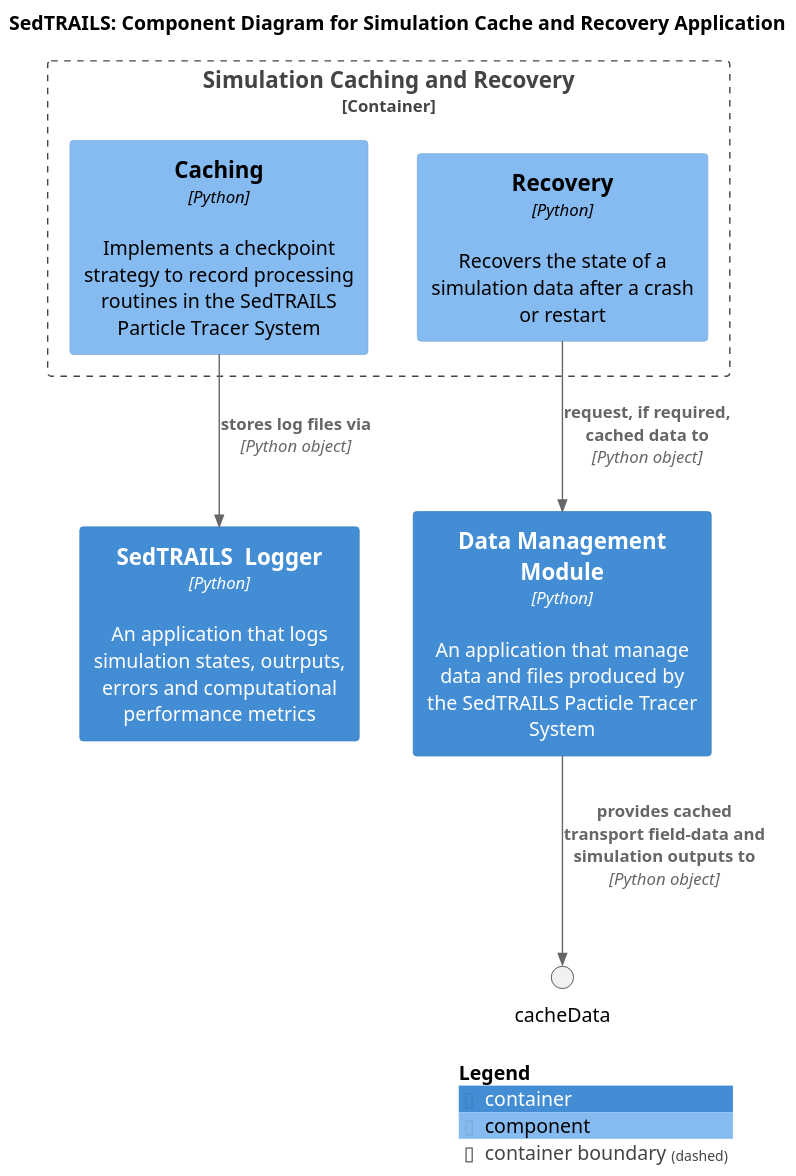
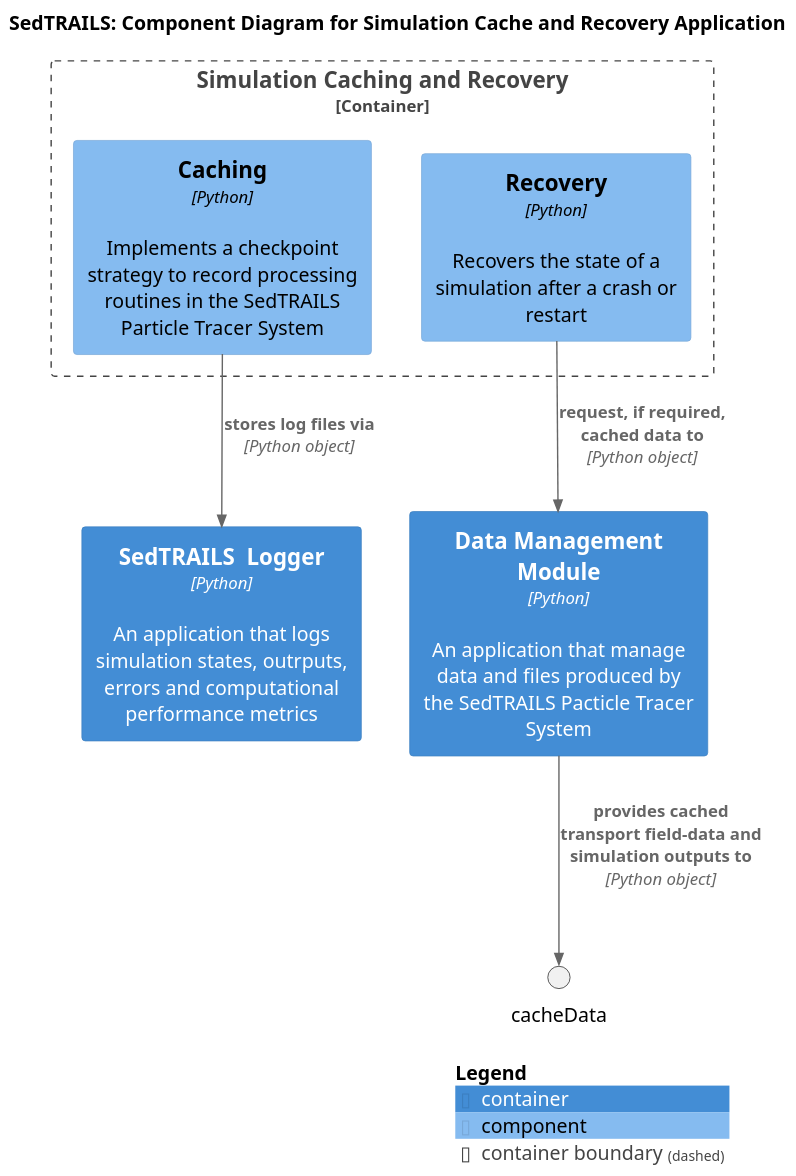
One commit to sgpearson17/sedtrails-sgp changed the diagram in diagrams/components-cache-app.puml. Above: the diagram before and after it, drawn with PlantUML. The commit also changed 2 other files, not shown here.

Commit message:
chore: update recovery component description and replace architecture images for SedTRAILS

```diff
--- a/diagrams/components-cache-app.puml
+++ b/diagrams/components-cache-app.puml
@@ -1,24 +1,24 @@
 @startuml SedtrailComponentsCache
 !include ./c4/C4_Component.puml
 
 ' LAYOUT_LANDSCAPE()
 
 title SedTRAILS: Component Diagram for Simulation Cache and Recovery Application
 scale 1.5
 
 Container(dataManager, "Data Management Module", "Python", "An application that manage data and files produced by the SedTRAILS Pacticle Tracer System")
 
 Container(sedtrailsLogger, "SedTRAILS  Logger", "Python", "An application that logs simulation states, outrputs, errors and computational performance metrics")
 
 Container_Boundary(cache, "Simulation Caching and Recovery", "Python", "Provides functionality to recover simulation output, allow restarts, and reusing simulation inputs and outputs"){
     Component(caching, "Caching", "Python", "Implements a checkpoint strategy to record processing routines in the SedTRAILS Particle Tracer System")
-    Component(recovery, "Recovery", "Python", "Recovers the state of a simulation data after a crash or restart")
+    Component(recovery, "Recovery", "Python", "Recovers the state of a simulation after a crash or restart")
 }
 
 Rel(recovery, dataManager , "request, if required, cached data to", "Python object")
 
 Rel(dataManager, cacheData, "provides cached transport field-data and simulation outputs to", "Python object")
 Rel(caching, sedtrailsLogger, "stores log files via", "Python object")
 
 SHOW_LEGEND()
 @enduml
```
